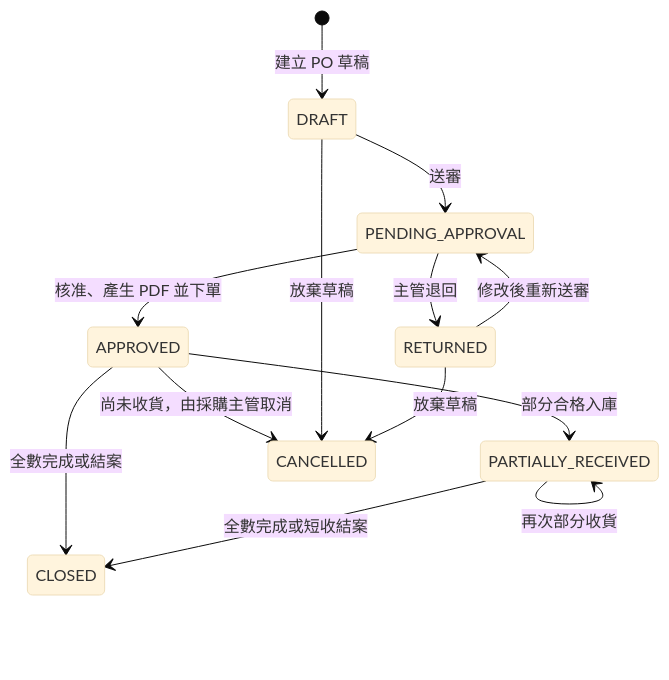
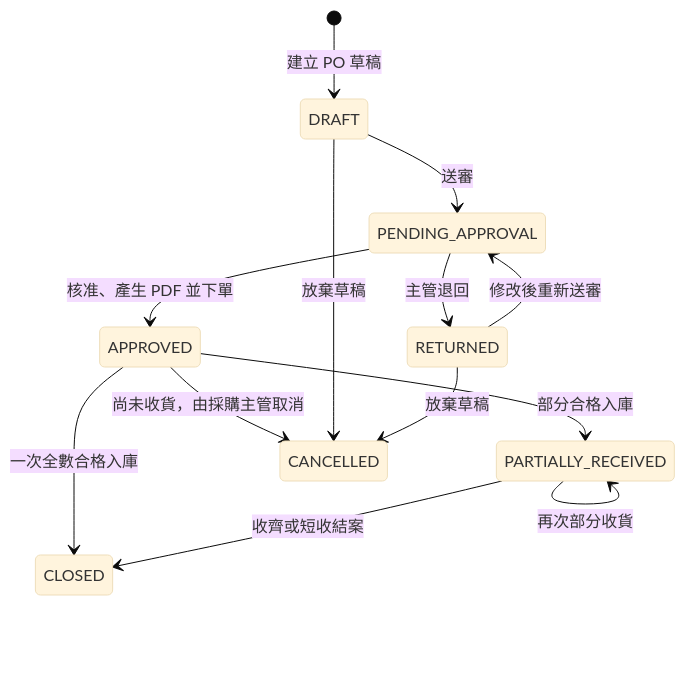
One commit to fizz123123/smart-distribution-ops changed the fifth of 9 diagrams in docs/11-state-transitions-and-operations.md. Above: the diagram before and after it, drawn with Mermaid (base theme). The commit also changed other lines of this file and 6 other files, not shown here.

````diff
--- a/docs/11-state-transitions-and-operations.md
+++ b/docs/11-state-transitions-and-operations.md
@@ -179,15 +179,15 @@
 ```mermaid
 stateDiagram-v2
     [*] --> DRAFT: 建立 PO 草稿
     DRAFT --> PENDING_APPROVAL: 送審
     RETURNED --> PENDING_APPROVAL: 修改後重新送審
     PENDING_APPROVAL --> RETURNED: 主管退回
     PENDING_APPROVAL --> APPROVED: 核准、產生 PDF 並下單
     APPROVED --> PARTIALLY_RECEIVED: 部分合格入庫
-    APPROVED --> CLOSED: 全數完成或結案
+    APPROVED --> CLOSED: 一次全數合格入庫
     APPROVED --> CANCELLED: 尚未收貨，由採購主管取消
     PARTIALLY_RECEIVED --> PARTIALLY_RECEIVED: 再次部分收貨
-    PARTIALLY_RECEIVED --> CLOSED: 全數完成或短收結案
+    PARTIALLY_RECEIVED --> CLOSED: 收齊或短收結案
     DRAFT --> CANCELLED: 放棄草稿
     RETURNED --> CANCELLED: 放棄草稿
 ```
````
